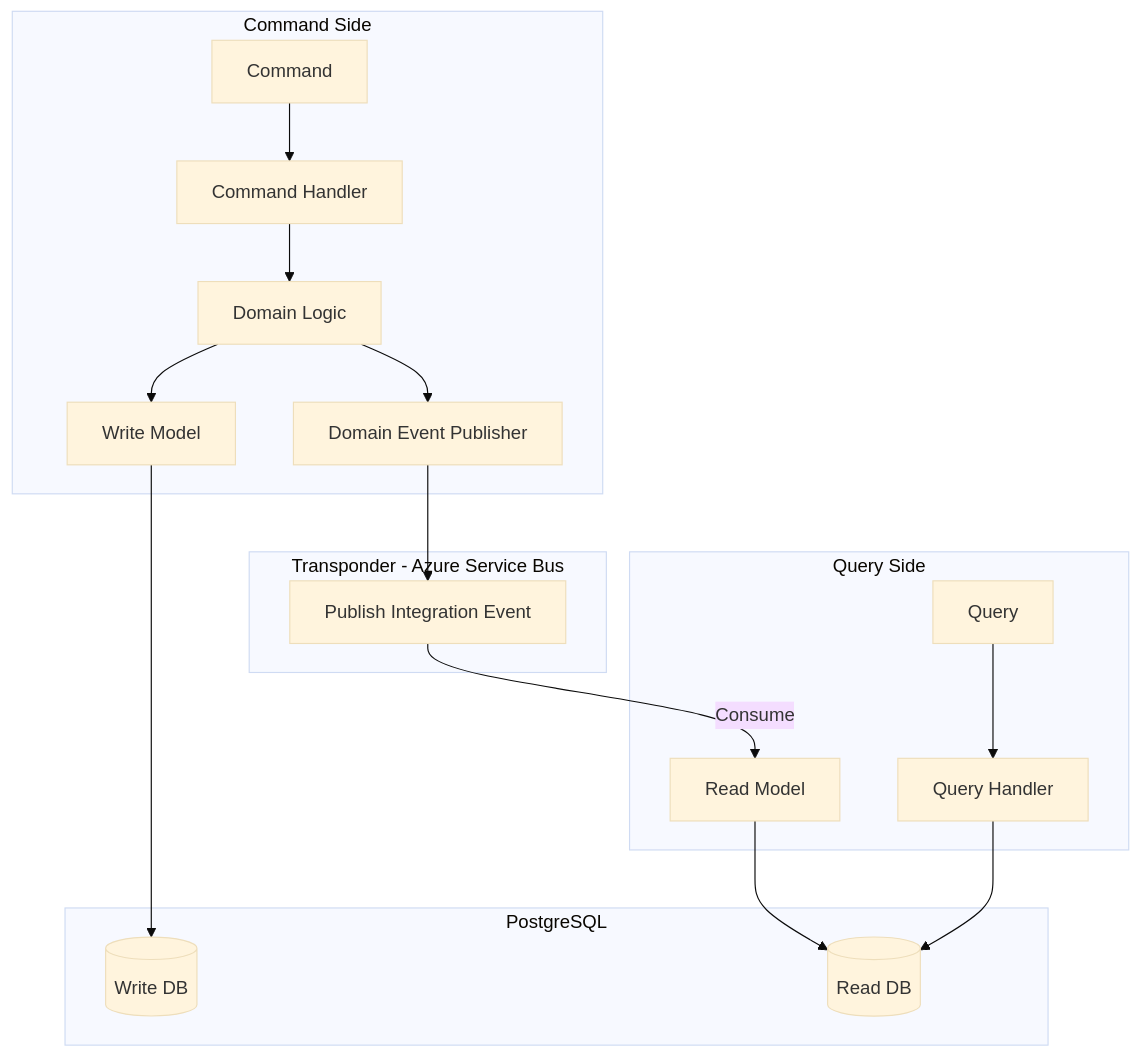
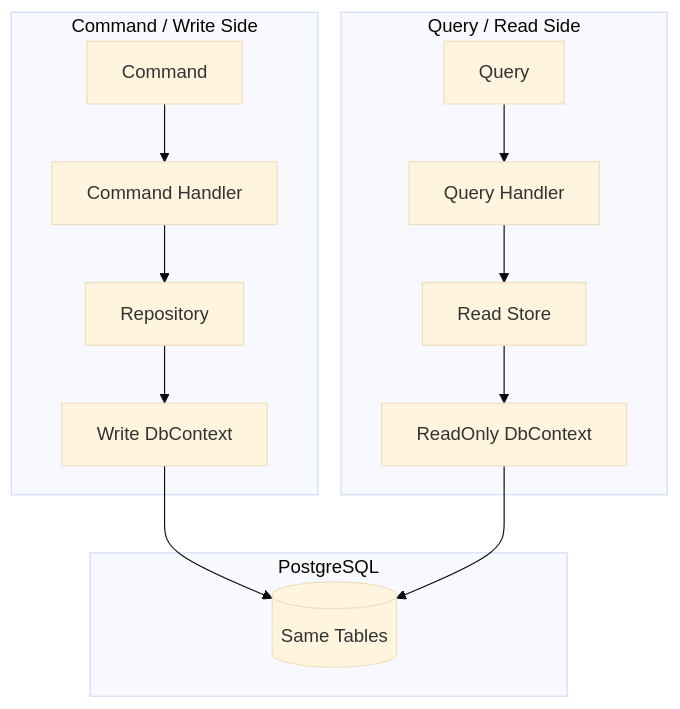
The third of 12 diagrams in docs/SYSTEM-ARCHITECTURE.md (Ahmed-Shehzad/Dialysis), drawn with Mermaid (base theme) before and after one commit. The commit also changed other lines of this file and 68 other files, not shown here.

````diff
--- a/docs/SYSTEM-ARCHITECTURE.md
+++ b/docs/SYSTEM-ARCHITECTURE.md
@@ -134,38 +141,30 @@
 ```mermaid
 flowchart TB
-    subgraph WriteSide [Command Side]
+    subgraph WriteSide [Command / Write Side]
         Command[Command]
         CommandHandler[Command Handler]
-        DomainLogic[Domain Logic]
-        WriteModel[Write Model]
-        EventPublisher[Domain Event Publisher]
+        Repository[Repository]
+        WriteDbContext[Write DbContext]
     end
 
-    subgraph Transponder [Transponder - Azure Service Bus]
-        Publish[Publish Integration Event]
-    end
-
-    subgraph ReadSide [Query Side]
+    subgraph ReadSide [Query / Read Side]
         Query[Query]
         QueryHandler[Query Handler]
-        ReadModel[Read Model]
+        ReadStore[Read Store]
+        ReadDbContext[ReadOnly DbContext]
     end
 
     subgraph DB [PostgreSQL]
-        WriteDB[(Write DB)]
-        ReadDB[(Read DB)]
+        Tables[(Same Tables)]
     end
 
     Command --> CommandHandler
-    CommandHandler --> DomainLogic
-    DomainLogic --> WriteModel
-    DomainLogic --> EventPublisher
-    WriteModel --> WriteDB
-    EventPublisher --> Publish
-
-    Publish -->|Consume| ReadModel
-    ReadModel --> ReadDB
+    CommandHandler --> Repository
+    Repository --> WriteDbContext
+    WriteDbContext --> Tables
 
     Query --> QueryHandler
-    QueryHandler --> ReadDB
+    QueryHandler --> ReadStore
+    ReadStore --> ReadDbContext
+    ReadDbContext --> Tables
 ```
````
